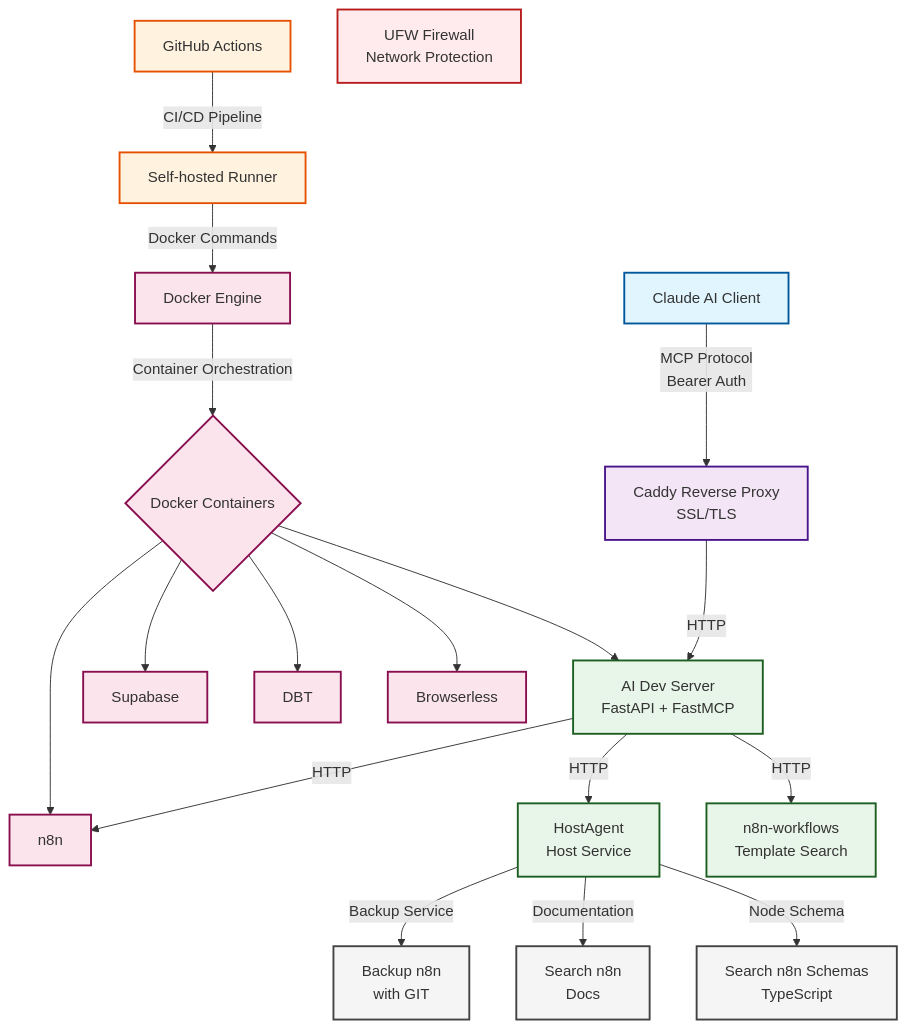
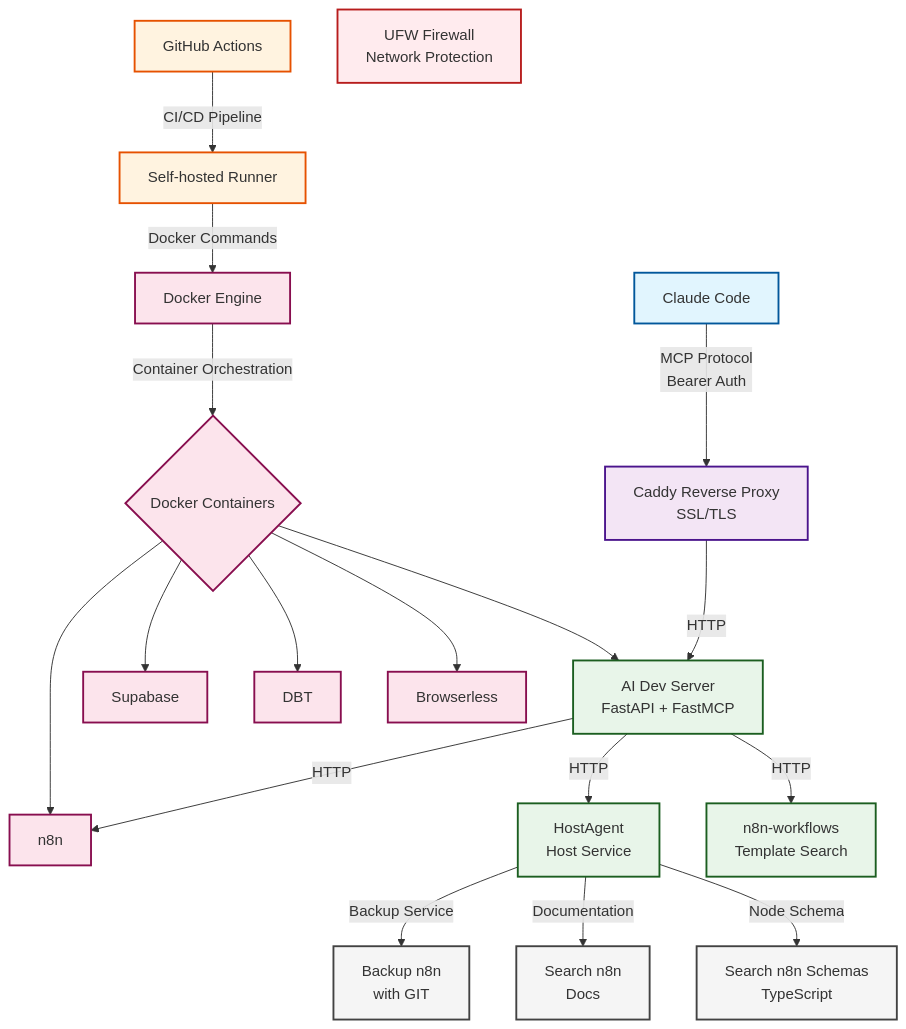
The diagram in README.md (alderaan/vps), drawn with Mermaid before and after one commit.

Commit message:
call it cc

````diff
--- a/README.md
+++ b/README.md
@@ -24,51 +24,51 @@
 ```mermaid
 graph TB
     %% Client Layer
-    Client[Claude AI Client] -->|MCP Protocol<br/>Bearer Auth| Caddy[Caddy Reverse Proxy<br/>SSL/TLS]
+    Client[Claude Code] -->|MCP Protocol<br/>Bearer Auth| Caddy[Caddy Reverse Proxy<br/>SSL/TLS]
     
     %% Web Layer
     Caddy -->|HTTP| AIDev[AI Dev Server<br/>FastAPI + FastMCP]
     
     %% Application Layer
     AIDev -->|HTTP| N8N[n8n]
     AIDev -->|HTTP| HostAgent[HostAgent<br/>Host Service]
     AIDev -->|HTTP| Workflows[n8n-workflows<br/>Template Search]
     
     %% Host Services
     HostAgent -->|Backup Service| BackupN8N[Backup n8n<br/>with GIT]
     HostAgent -->|Documentation| SearchN8N[Search n8n<br/>Docs]
     HostAgent -->|Node Schema| TypeScriptN8N[Search n8n Schemas<br/>TypeScript]
     
     %% Automation Layer
     GitHub[GitHub Actions] -->|CI/CD Pipeline| Runner[Self-hosted Runner]
     Runner -->|Docker Commands| Docker[Docker Engine]
     
     %% Container Management
     Docker -->|Container Orchestration| Containers{Docker Containers}
     Containers --> AIDev
     Containers --> N8N
     Containers --> Supabase
     Containers --> DBT[DBT]
     Containers --> Browserless[Browserless]
     
     %% Security Layer (standalone boxes)
     UFW[UFW Firewall<br/>Network Protection]
     
     %% Styling
     classDef client fill:#e1f5fe,stroke:#01579b,stroke-width:2px
     classDef web fill:#f3e5f5,stroke:#4a148c,stroke-width:2px
     classDef app fill:#e8f5e9,stroke:#1b5e20,stroke-width:2px
     classDef host fill:#f5f5f5,stroke:#424242,stroke-width:2px
     classDef infra fill:#fff3e0,stroke:#e65100,stroke-width:2px
     classDef container fill:#fce4ec,stroke:#880e4f,stroke-width:2px
     classDef security fill:#ffebee,stroke:#b71c1c,stroke-width:2px
     
     class Client client
     class Caddy web
     class AIDev,HostAgent,Workflows app
     class N8N,Supabase,DBT,Browserless container
     class BackupN8N,SearchN8N,TypeScriptN8N host
     class GitHub,Runner infra
     class Docker,Containers container
     class UFW security
 ```
````
